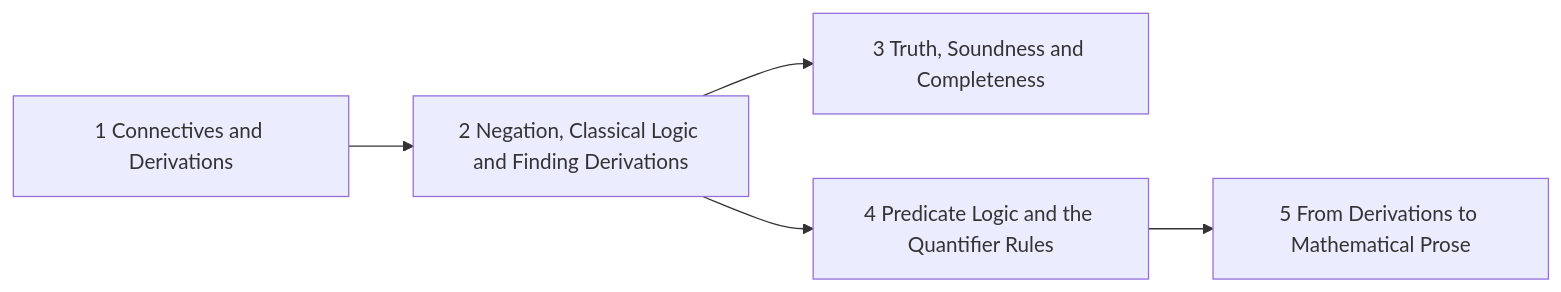
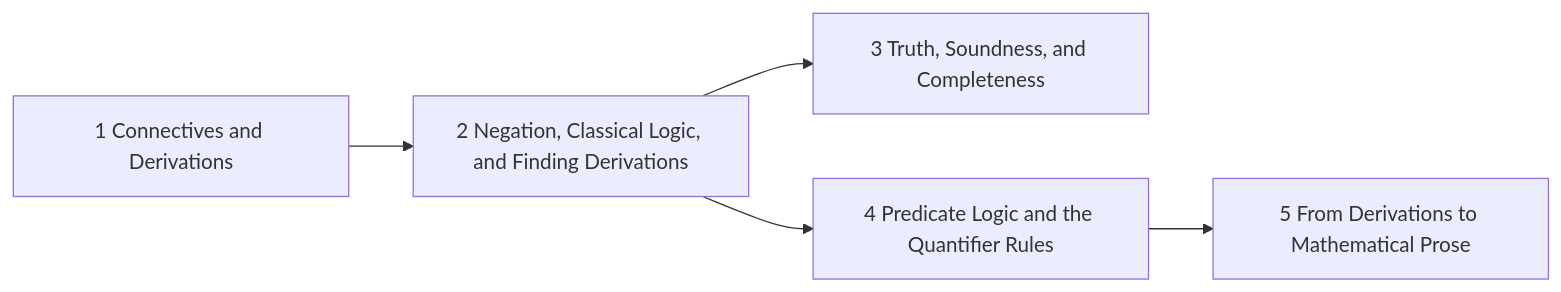
One commit to AkizumiFox/math-atlas changed the second of 26 diagrams in generated/README.md. Above: the diagram before and after it, drawn with Mermaid. The commit also changed other lines of this file and 24 other files, not shown here.

````diff
--- a/generated/README.md
+++ b/generated/README.md
@@ -72,15 +72,15 @@
 ```mermaid
 flowchart LR
   F1_1["1 Connectives and Derivations"]
-  F1_2["2 Negation, Classical Logic and Finding Derivations"]
-  F1_3["3 Truth, Soundness and Completeness"]
+  F1_2["2 Negation, Classical Logic, and Finding Derivations"]
+  F1_3["3 Truth, Soundness, and Completeness"]
   F1_4["4 Predicate Logic and the Quantifier Rules"]
   F1_5["5 From Derivations to Mathematical Prose"]
   F1_1 --> F1_2
   F1_2 --> F1_3
   F1_2 --> F1_4
   F1_4 --> F1_5
   classDef ext fill:#e6e6e6,stroke:#999,color:#555
   classDef opt fill:#fff,stroke:#999,stroke-dasharray:4 3,color:#555
   classDef segb fill:#f6f6fb,stroke:#99a,color:#333
 ```
````
